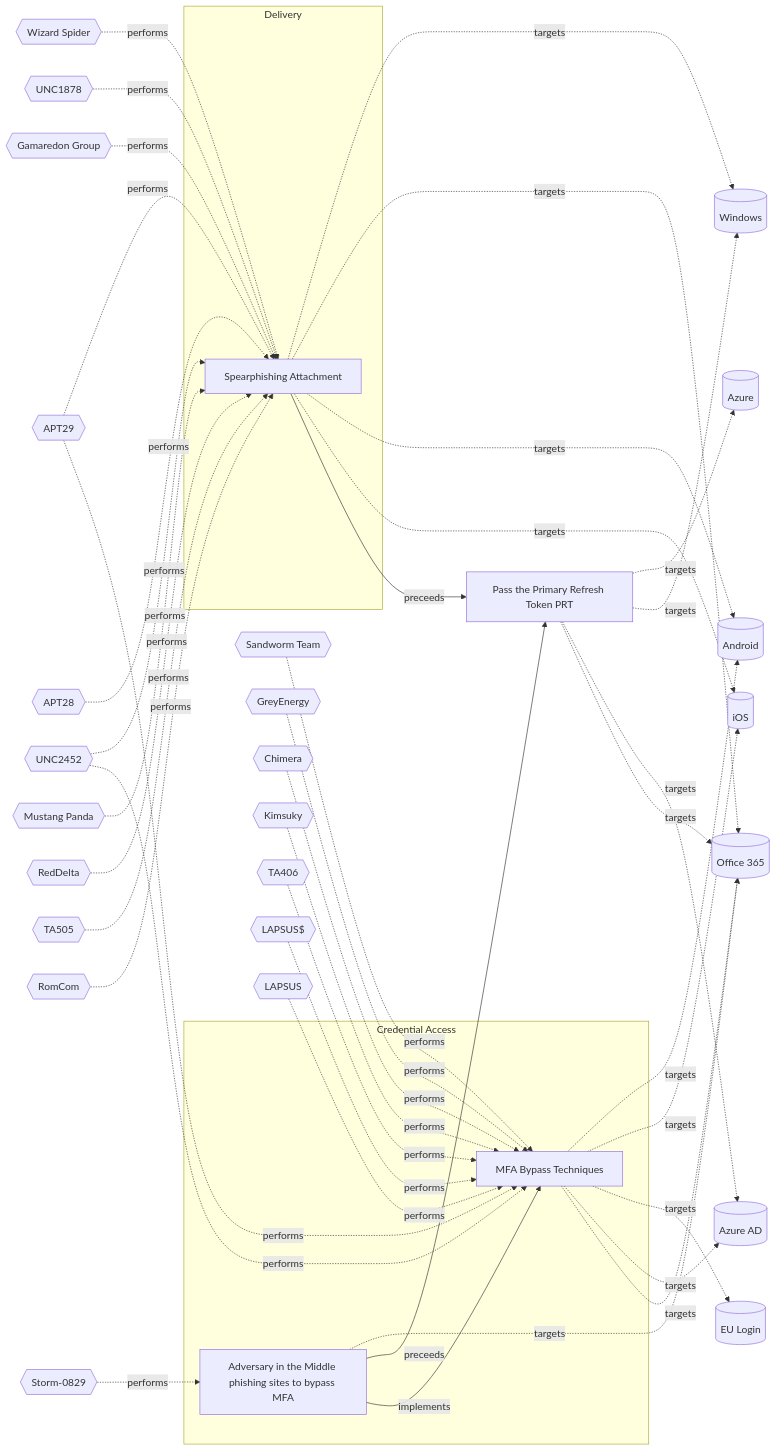
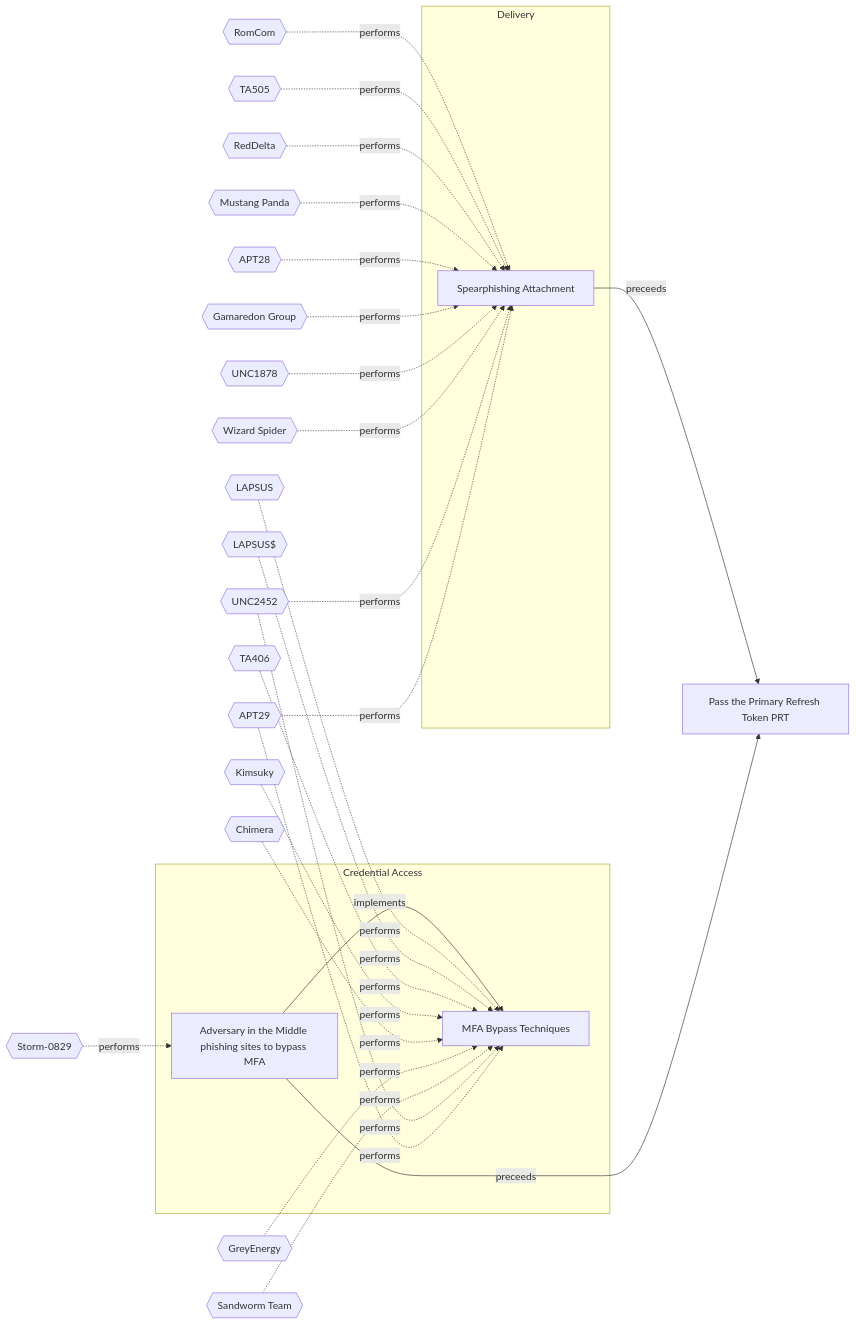
One commit to OpenTideHQ/WikiTide changed the diagram in Models/Threat Vectors/☣️ Pass the Primary Refresh Token (PRT).md. Above: the diagram before and after it, drawn with Mermaid. The commit also changed other lines of this file and 232 other files, not shown here.

````diff
--- a/Models/Threat Vectors/☣️ Pass the Primary Refresh Token (PRT).md
+++ b/Models/Threat Vectors/☣️ Pass the Primary Refresh Token (PRT).md
@@ -91,83 +91,62 @@
 ```mermaid
 
 flowchart LR
 
 b1b6d2d7-0832-46fc-a3e5-6e6411179c45[Pass the Primary Refresh Token PRT]
 66aafb61-9a46-4287-8b40-4785b42b77a3[Adversary in the Middle phishing sites to bypass MFA]
 dd5d942c-bac4-4000-b9a6-ca4fef6cfb84[Spearphishing Attachment]
 4a807ac4-f764-41b1-ae6f-94239041d349[MFA Bypass Techniques]
 
 subgraph Credential Access
 66aafb61-9a46-4287-8b40-4785b42b77a3
 4a807ac4-f764-41b1-ae6f-94239041d349
 end
 subgraph Delivery
 dd5d942c-bac4-4000-b9a6-ca4fef6cfb84
 end
 
-Azure[(Azure)]
-Windows[(Windows)]
-AzureAD[(Azure AD)]
-Office365[(Office 365)]
-Android[(Android)]
-iOS[(iOS)]
-EULogin[(EU Login)]
 Storm-0829{{Storm-0829}}
 APT29{{APT29}}
 UNC2452{{UNC2452}}
 WizardSpider{{Wizard Spider}}
 UNC1878{{UNC1878}}
 GamaredonGroup{{Gamaredon Group}}
 APT28{{APT28}}
 MustangPanda{{Mustang Panda}}
 RedDelta{{RedDelta}}
 TA505{{TA505}}
 RomCom{{RomCom}}
 SandwormTeam{{Sandworm Team}}
 GreyEnergy{{GreyEnergy}}
 Chimera{{Chimera}}
 Kimsuky{{Kimsuky}}
 TA406{{TA406}}
 LAPSUS${{LAPSUS$}}
 LAPSUS{{LAPSUS}}
 
-b1b6d2d7-0832-46fc-a3e5-6e6411179c45 -.->|targets| Azure
-b1b6d2d7-0832-46fc-a3e5-6e6411179c45 -.->|targets| Windows
-b1b6d2d7-0832-46fc-a3e5-6e6411179c45 -.->|targets| AzureAD
-b1b6d2d7-0832-46fc-a3e5-6e6411179c45 -.->|targets| Office365
-66aafb61-9a46-4287-8b40-4785b42b77a3 -.->|targets| Office365
-dd5d942c-bac4-4000-b9a6-ca4fef6cfb84 -.->|targets| Windows
-dd5d942c-bac4-4000-b9a6-ca4fef6cfb84 -.->|targets| Office365
-dd5d942c-bac4-4000-b9a6-ca4fef6cfb84 -.->|targets| Android
-dd5d942c-bac4-4000-b9a6-ca4fef6cfb84 -.->|targets| iOS
-4a807ac4-f764-41b1-ae6f-94239041d349 -.->|targets| Android
-4a807ac4-f764-41b1-ae6f-94239041d349 -.->|targets| iOS
-4a807ac4-f764-41b1-ae6f-94239041d349 -.->|targets| EULogin
-4a807ac4-f764-41b1-ae6f-94239041d349 -.->|targets| AzureAD
-4a807ac4-f764-41b1-ae6f-94239041d349 -.->|targets| Office365
 Storm-0829 -.-> |performs| 66aafb61-9a46-4287-8b40-4785b42b77a3
 APT29 -.-> |performs| dd5d942c-bac4-4000-b9a6-ca4fef6cfb84
 UNC2452 -.-> |performs| dd5d942c-bac4-4000-b9a6-ca4fef6cfb84
 WizardSpider -.-> |performs| dd5d942c-bac4-4000-b9a6-ca4fef6cfb84
 UNC1878 -.-> |performs| dd5d942c-bac4-4000-b9a6-ca4fef6cfb84
 GamaredonGroup -.-> |performs| dd5d942c-bac4-4000-b9a6-ca4fef6cfb84
 APT28 -.-> |performs| dd5d942c-bac4-4000-b9a6-ca4fef6cfb84
 MustangPanda -.-> |performs| dd5d942c-bac4-4000-b9a6-ca4fef6cfb84
 RedDelta -.-> |performs| dd5d942c-bac4-4000-b9a6-ca4fef6cfb84
 TA505 -.-> |performs| dd5d942c-bac4-4000-b9a6-ca4fef6cfb84
 RomCom -.-> |performs| dd5d942c-bac4-4000-b9a6-ca4fef6cfb84
 APT29 -.-> |performs| 4a807ac4-f764-41b1-ae6f-94239041d349
 UNC2452 -.-> |performs| 4a807ac4-f764-41b1-ae6f-94239041d349
 SandwormTeam -.-> |performs| 4a807ac4-f764-41b1-ae6f-94239041d349
 GreyEnergy -.-> |performs| 4a807ac4-f764-41b1-ae6f-94239041d349
 Chimera -.-> |performs| 4a807ac4-f764-41b1-ae6f-94239041d349
 Kimsuky -.-> |performs| 4a807ac4-f764-41b1-ae6f-94239041d349
 TA406 -.-> |performs| 4a807ac4-f764-41b1-ae6f-94239041d349
 LAPSUS$ -.-> |performs| 4a807ac4-f764-41b1-ae6f-94239041d349
 LAPSUS -.-> |performs| 4a807ac4-f764-41b1-ae6f-94239041d349
 
 66aafb61-9a46-4287-8b40-4785b42b77a3 -->|preceeds| b1b6d2d7-0832-46fc-a3e5-6e6411179c45
 dd5d942c-bac4-4000-b9a6-ca4fef6cfb84 -->|preceeds| b1b6d2d7-0832-46fc-a3e5-6e6411179c45
 66aafb61-9a46-4287-8b40-4785b42b77a3 -->|implements| 4a807ac4-f764-41b1-ae6f-94239041d349
 
 ```
````
